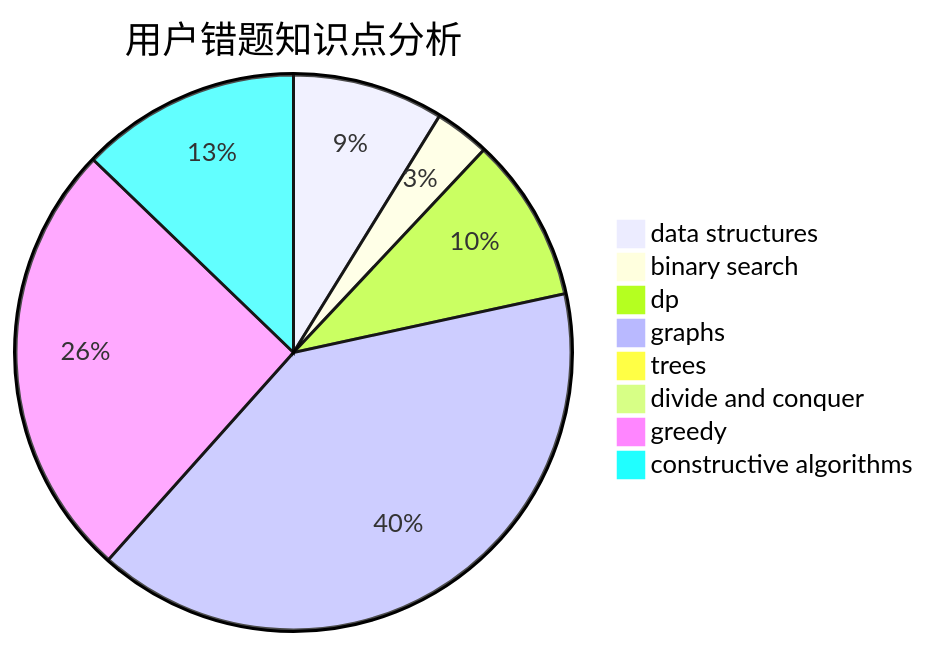
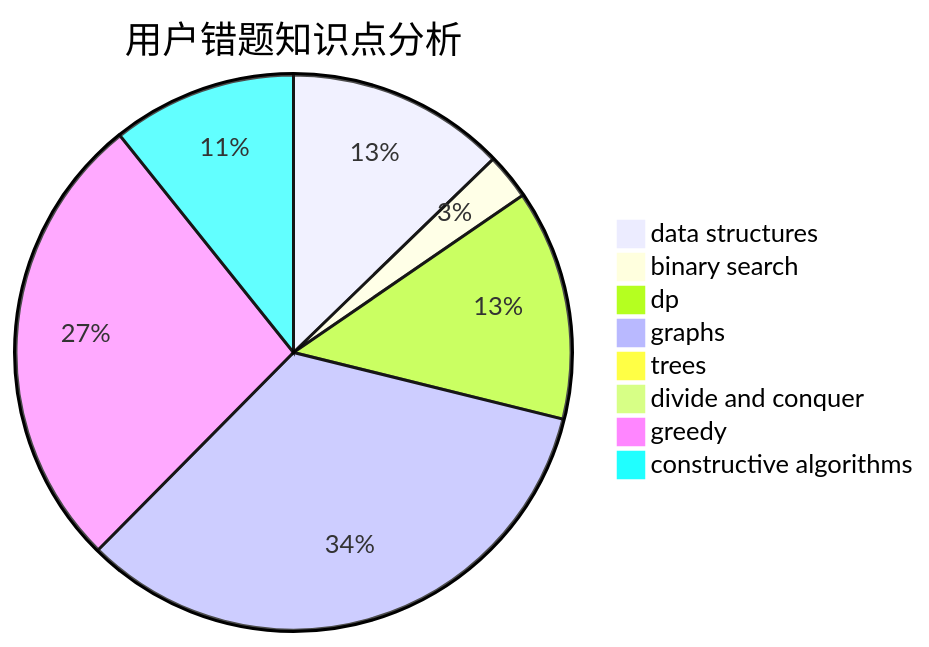
Before and after one commit to sherpahu/cfrs.github.io: the third of 3 diagrams in docs/user/u1302.md, drawn with Mermaid. The commit also changed other lines of this file and 2770 other files, not shown here.

````diff
--- a/docs/user/u1302.md
+++ b/docs/user/u1302.md
@@ -36,11 +36,11 @@
 ```mermaid
 pie title 用户错题知识点分析
-    "data structures" :  11
+    "data structures" :  19
     "binary search" :  4
-    "dp" :  12
+    "dp" :  20
     "graphs" :  50
     "trees" :  0
     "divide and conquer" :  0
-    "greedy" :  32
+    "greedy" :  40
     "constructive algorithms" :  16
 ```
````
